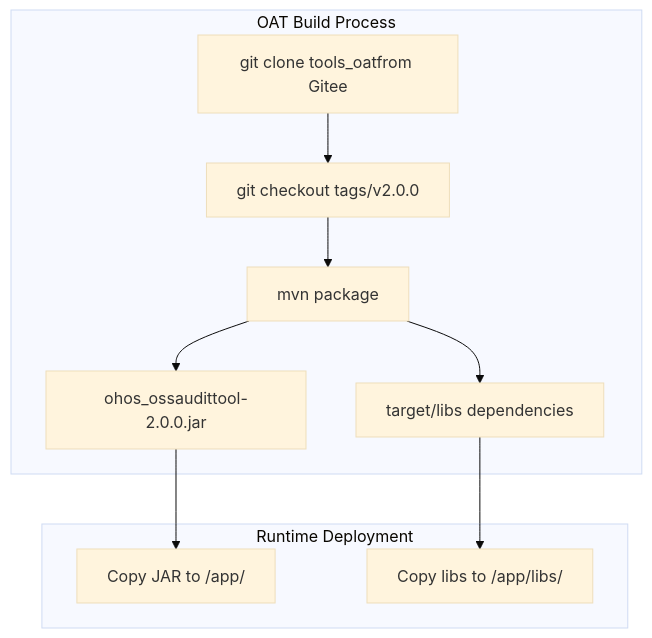
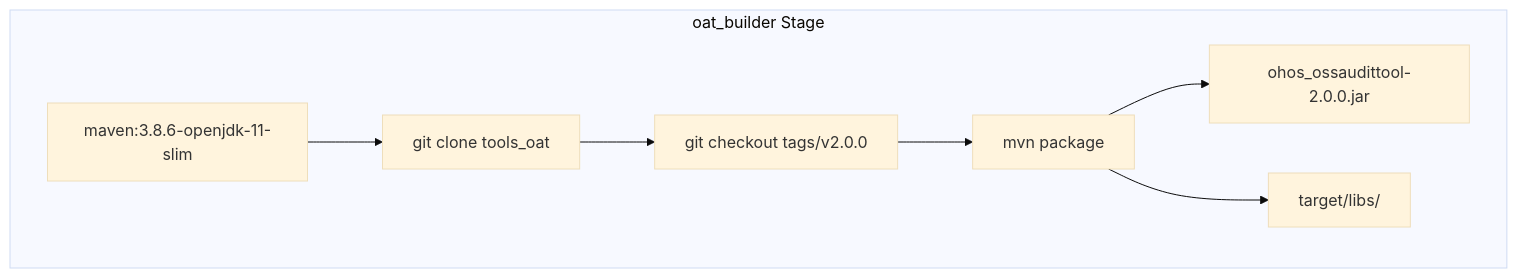
The second of 6 diagrams in docs/wiki/Container-Environment-and-Tool-Installation.md (chenyx2012/openchecker), drawn with Mermaid (base theme) before and after one commit. The commit also changed other lines of this file and 45 other files, not shown here.

````diff
--- a/docs/wiki/Container-Environment-and-Tool-Installation.md
+++ b/docs/wiki/Container-Environment-and-Tool-Installation.md
@@ -120,30 +98,24 @@
 ```mermaid
 flowchart TD
 
-GitClone["git clone tools_oatfrom Gitee"]
+MavenBase["maven:3.8.6-openjdk-11-slim"]
+GitClone["git clone tools_oat"]
 Checkout["git checkout tags/v2.0.0"]
 MavenBuild["mvn package"]
-JarOutput["ohos_ossaudittool-2.0.0.jar"]
-LibsOutput["target/libs dependencies"]
-CopyJar["Copy JAR to /app/"]
-CopyLibs["Copy libs to /app/libs/"]
+JAROutput["ohos_ossaudittool-2.0.0.jar"]
+LibsOutput["target/libs/"]
 
-    JarOutput --> CopyJar
-    LibsOutput --> CopyLibs
-subgraph Runtime_Deployment ["Runtime Deployment"]
-    CopyJar
-    CopyLibs
-end
-
-subgraph OAT_Build_Process ["OAT Build Process"]
+subgraph subGraph0 ["oat_builder Stage"]
+    MavenBase
     GitClone
     Checkout
     MavenBuild
-    JarOutput
+    JAROutput
     LibsOutput
+    MavenBase --> GitClone
     GitClone --> Checkout
     Checkout --> MavenBuild
-    MavenBuild --> JarOutput
+    MavenBuild --> JAROutput
     MavenBuild --> LibsOutput
 end
 ```
````
